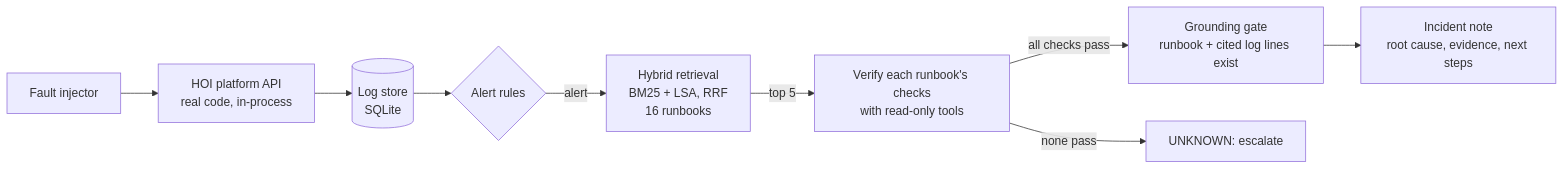
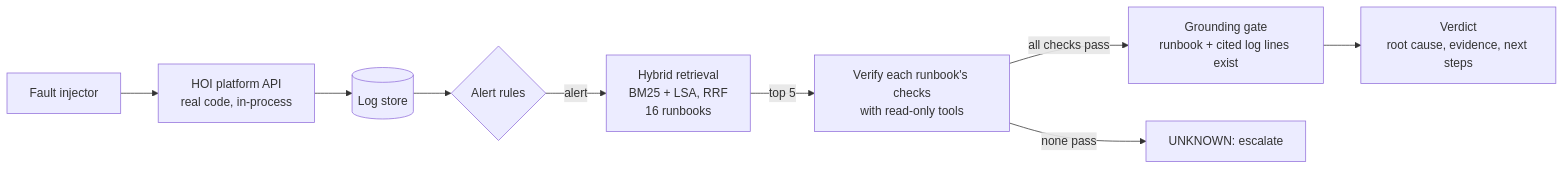
One commit to Ashu-Stark/oncall-copilot changed the second of 2 diagrams in README.md. Above: the diagram before and after it, drawn with Mermaid. The commit also changed other lines of this file and 90 other files, not shown here.

````diff
--- a/README.md
+++ b/README.md
@@ -8,11 +113,11 @@
 ```mermaid
 flowchart LR
   F[Fault injector] --> H[HOI platform API<br/>real code, in-process]
-  H --> L[(Log store<br/>SQLite)]
+  H --> L[(Log store)]
   L --> A{Alert rules}
   A -- alert --> R[Hybrid retrieval<br/>BM25 + LSA, RRF<br/>16 runbooks]
   R -- top 5 --> V[Verify each runbook's checks<br/>with read-only tools]
   V -- all checks pass --> G[Grounding gate<br/>runbook + cited log lines exist]
   V -- none pass --> U[UNKNOWN: escalate]
-  G --> N[Incident note<br/>root cause, evidence, next steps]
+  G --> N[Verdict<br/>root cause, evidence, next steps]
 ```
````
